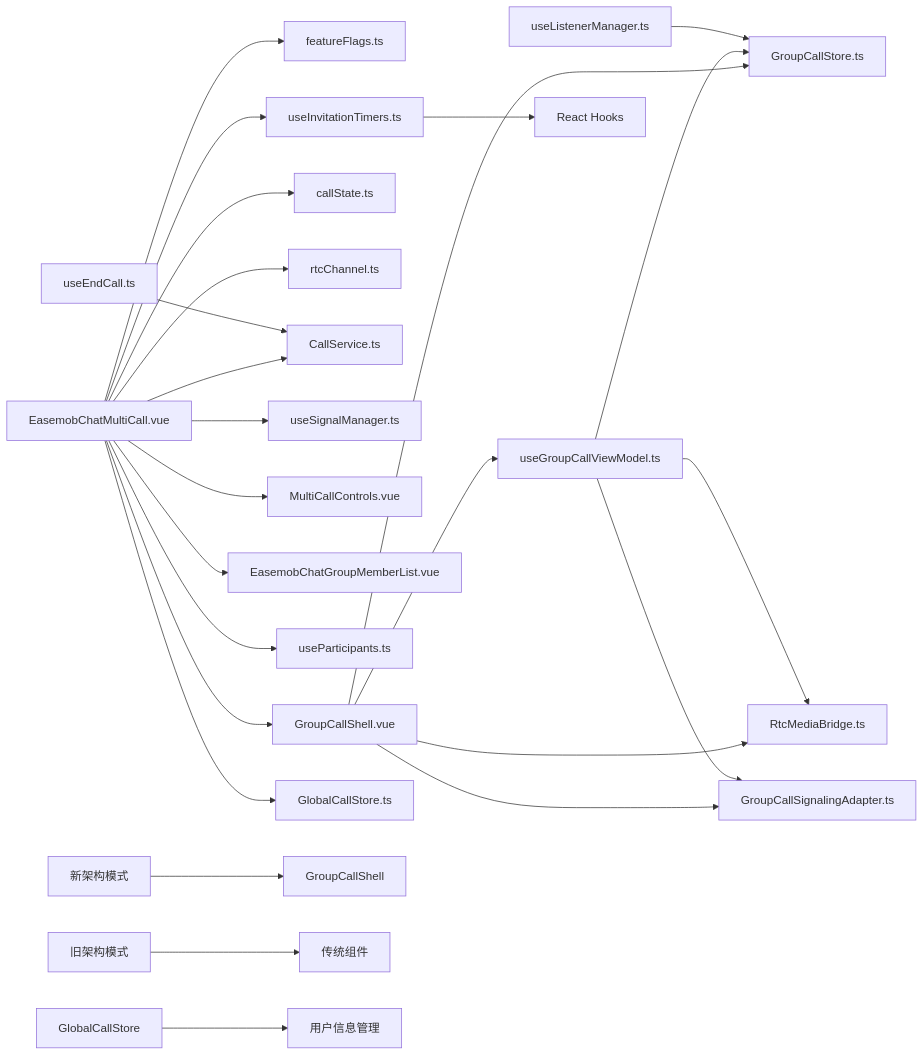
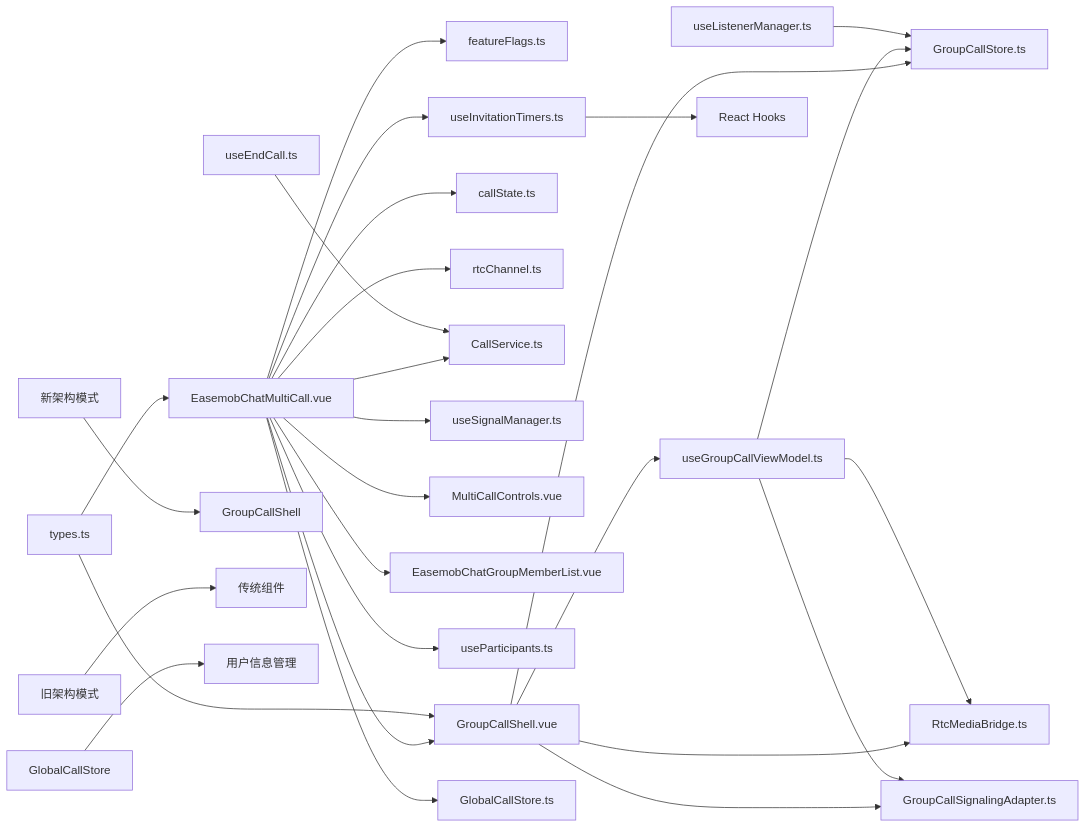
The third of 3 diagrams in .qoder/repowiki/zh/content/核心组件/群组通话组件/主组件 EasemobChatMultiCall.md (Easemob-Community/easemob-uikit-callkit-vue3), drawn with Mermaid before and after one commit. The commit also changed other lines of this file and 40 other files, not shown here.

````diff
--- a/.qoder/repowiki/zh/content/核心组件/群组通话组件/主组件 EasemobChatMultiCall.md
+++ b/.qoder/repowiki/zh/content/核心组件/群组通话组件/主组件 EasemobChatMultiCall.md
@@ -512,27 +587,29 @@
 ```mermaid
 graph LR
 A["EasemobChatMultiCall.vue"] --> B["featureFlags.ts"]
 A --> C["GroupCallShell.vue"]
 A --> D["callState.ts"]
 A --> E["rtcChannel.ts"]
 A --> F["CallService.ts"]
 A --> G["useSignalManager.ts"]
 A --> H["MultiCallControls.vue"]
 A --> I["EasemobChatGroupMemberList.vue"]
 A --> J["useParticipants.ts"]
 A --> K["useInvitationTimers.ts"]
 A --> L["GlobalCallStore.ts"]
 C --> M["useGroupCallViewModel.ts"]
 C --> N["GroupCallStore.ts"]
 C --> O["RtcMediaBridge.ts"]
 C --> P["GroupCallSignalingAdapter.ts"]
 M --> N
 M --> O
 M --> P
 Q["useListenerManager.ts"] --> N
 R["useEndCall.ts"] --> F
 S["新架构模式"] --> T["GroupCallShell"]
 U["旧架构模式"] --> V["传统组件"]
 W["GlobalCallStore"] --> X["用户信息管理"]
 K --> Y["React Hooks"]
+Z["types.ts"] --> A
+Z --> C
 ```
````
